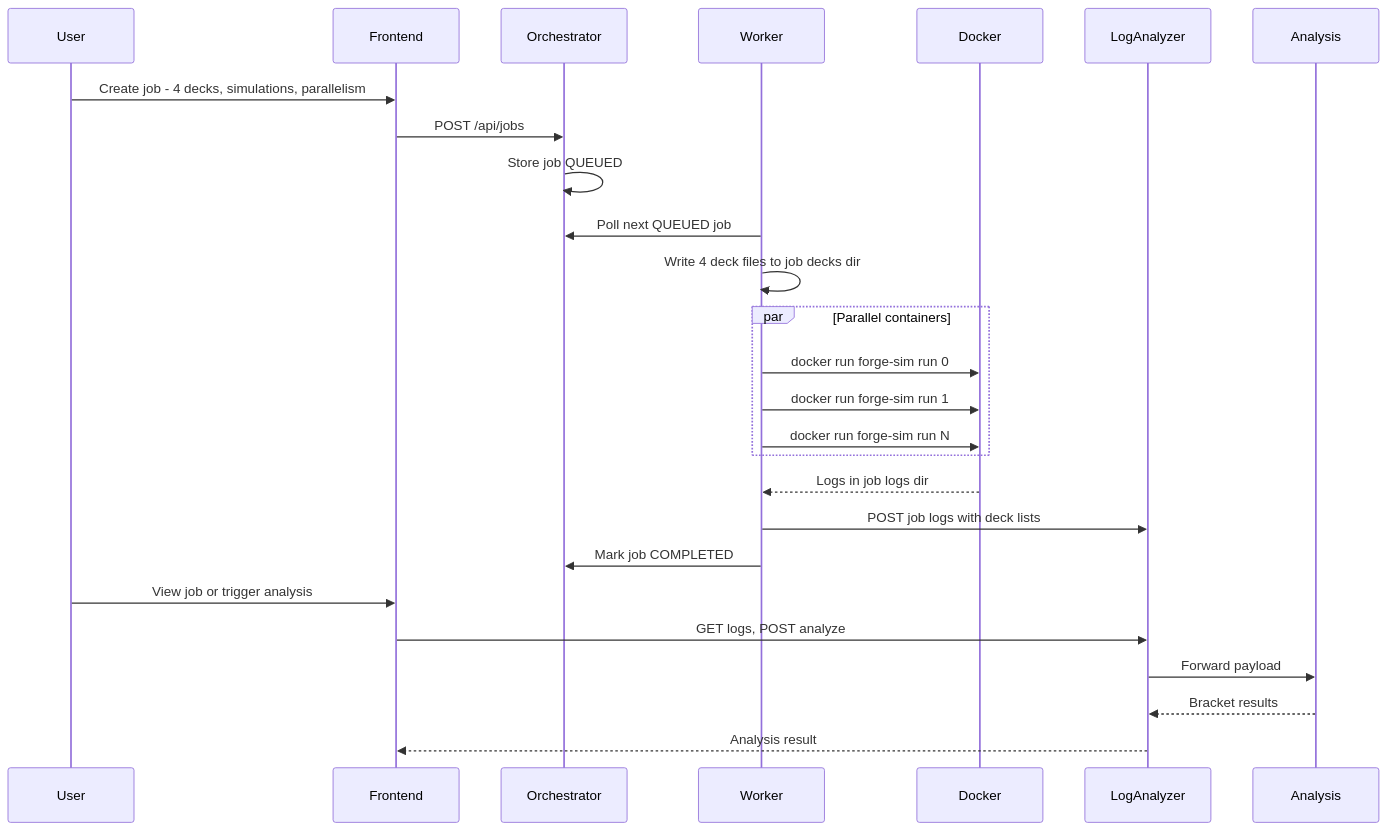
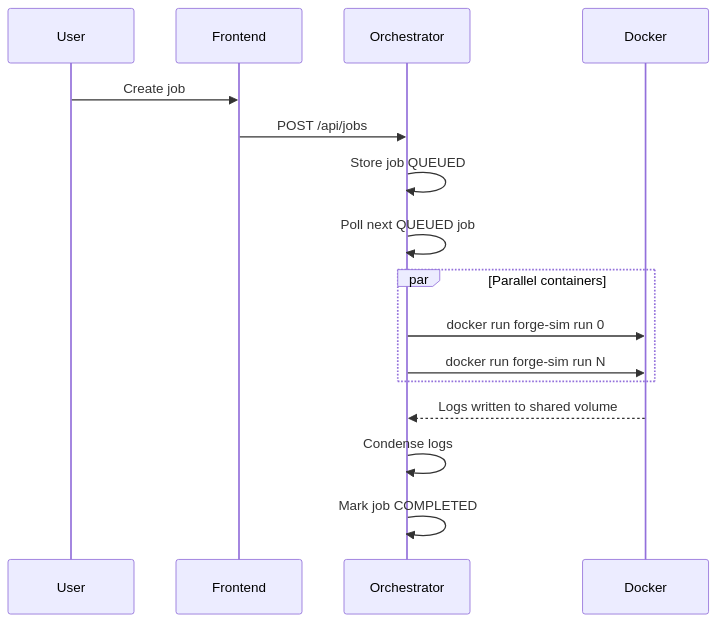
Before and after one commit to TytaniumDev/MagicBracketSimulator: the fourth of 4 diagrams in ARCHITECTURE.md, drawn with Mermaid. The commit also changed other lines of this file and 1 other file, not shown here.

Commit message:
docs: update ARCHITECTURE.md to reflect Unified Worker model

````diff
--- a/ARCHITECTURE.md
+++ b/ARCHITECTURE.md
@@ -172,31 +142,20 @@
 ```mermaid
 sequenceDiagram
     participant User
     participant Frontend
     participant Orchestrator
-    participant Worker
     participant Docker
-    participant LogAnalyzer
-    participant Analysis
 
-    User->>Frontend: Create job - 4 decks, simulations, parallelism
+    User->>Frontend: Create job
     Frontend->>Orchestrator: POST /api/jobs
     Orchestrator->>Orchestrator: Store job QUEUED
 
-    Worker->>Orchestrator: Poll next QUEUED job
-    Worker->>Worker: Write 4 deck files to job decks dir
+    Orchestrator->>Orchestrator: Poll next QUEUED job
     par Parallel containers
-        Worker->>Docker: docker run forge-sim run 0
-        Worker->>Docker: docker run forge-sim run 1
-        Worker->>Docker: docker run forge-sim run N
+        Orchestrator->>Docker: docker run forge-sim run 0
+        Orchestrator->>Docker: docker run forge-sim run N
     end
-    Docker-->>Worker: Logs in job logs dir
-    Worker->>LogAnalyzer: POST job logs with deck lists
-    Worker->>Orchestrator: Mark job COMPLETED
-
-    User->>Frontend: View job or trigger analysis
-    Frontend->>LogAnalyzer: GET logs, POST analyze
-    LogAnalyzer->>Analysis: Forward payload
-    Analysis-->>LogAnalyzer: Bracket results
-    LogAnalyzer-->>Frontend: Analysis result
+    Docker-->>Orchestrator: Logs written to shared volume
+    Orchestrator->>Orchestrator: Condense logs
+    Orchestrator->>Orchestrator: Mark job COMPLETED
 ```
````
